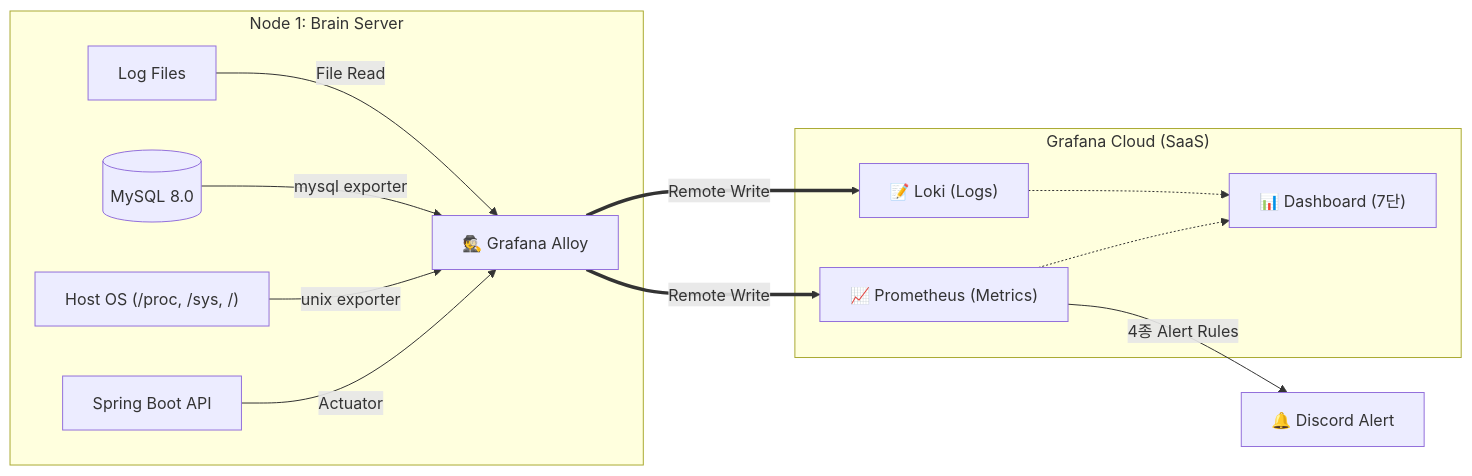
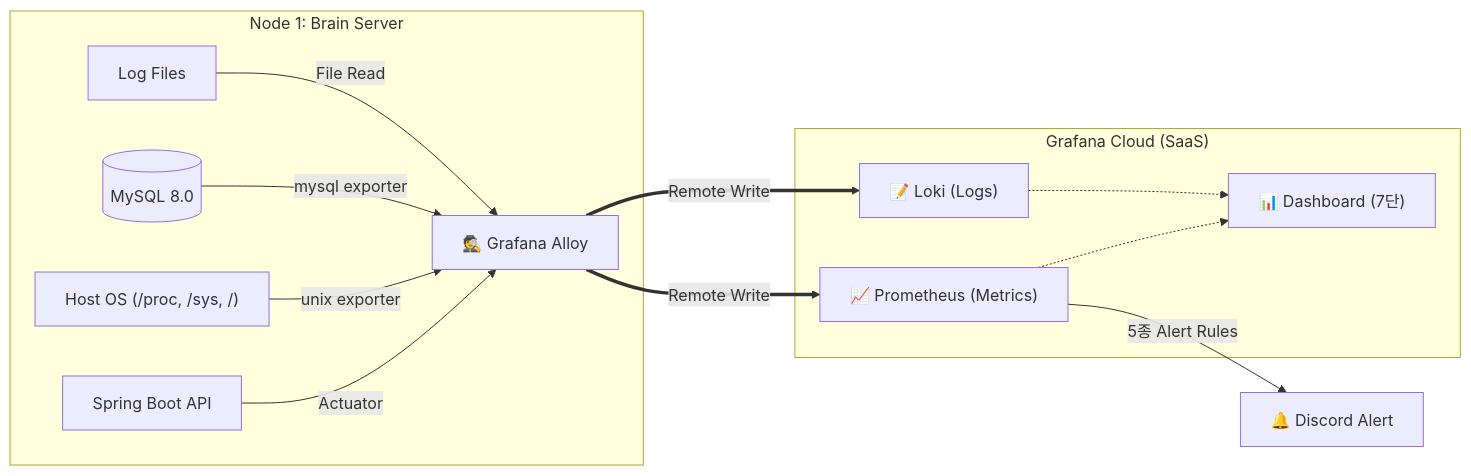
One commit to ygpark11/backend-lab changed the diagram in msa/apps/docs/OBSERVABILITY.md. Above: the diagram before and after it, drawn with Mermaid. The commit also changed other lines of this file, not shown here.

Commit message:
docs: OBSERVABILITY.md 운영 Alert Rules에 Meilisearch Search Fallback(5종) 반영

````diff
--- a/msa/apps/docs/OBSERVABILITY.md
+++ b/msa/apps/docs/OBSERVABILITY.md
@@ -14,30 +14,30 @@
 ```mermaid
 graph LR
     subgraph "Node 1: Brain Server"
         App["Spring Boot API"]
         Host["Host OS (/proc, /sys, /)"]
         DB[("MySQL 8.0")]
         Logs["Log Files"]
         Alloy["🕵️ Grafana Alloy"]
     end
 
     subgraph "Grafana Cloud (SaaS)"
         Mimir["📈 Prometheus (Metrics)"]
         Loki["📝 Loki (Logs)"]
         Dash["📊 Dashboard (7단)"]
     end
 
     Discord["🔔 Discord Alert"]
 
     App -->|Actuator| Alloy
     Host -->|unix exporter| Alloy
     DB -->|mysql exporter| Alloy
     Logs -->|File Read| Alloy
     
     Alloy ==>|Remote Write| Mimir
     Alloy ==>|Remote Write| Loki
     
     Mimir -.-> Dash
     Loki -.-> Dash
-    Mimir --"4종 Alert Rules"--> Discord
+    Mimir --"5종 Alert Rules"--> Discord
 ```
````
